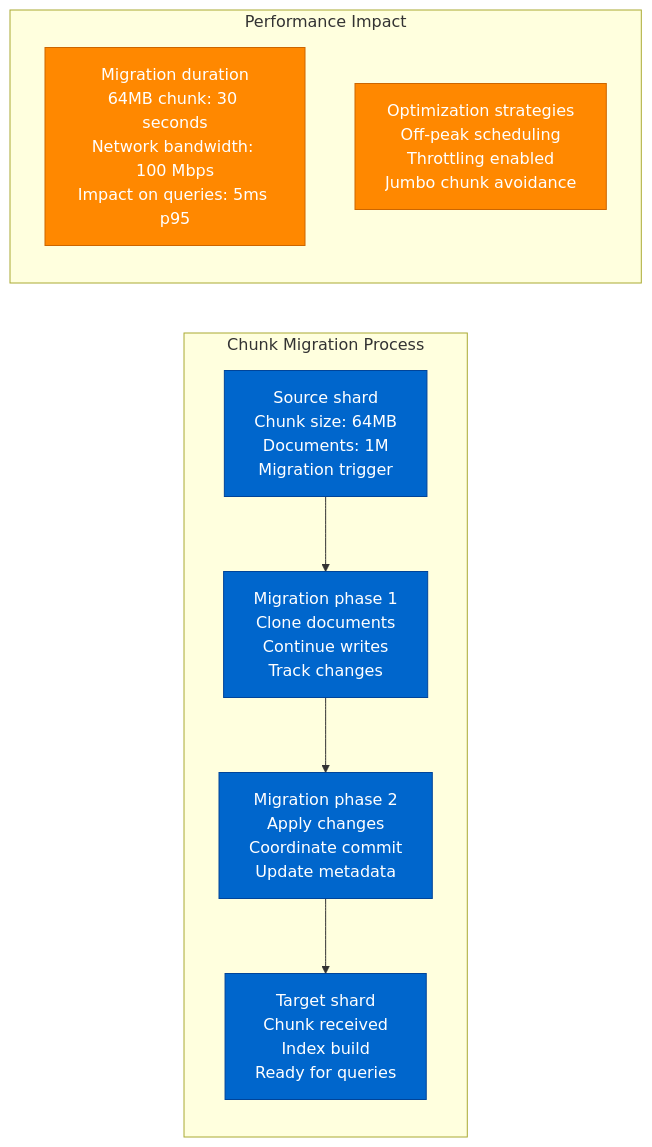
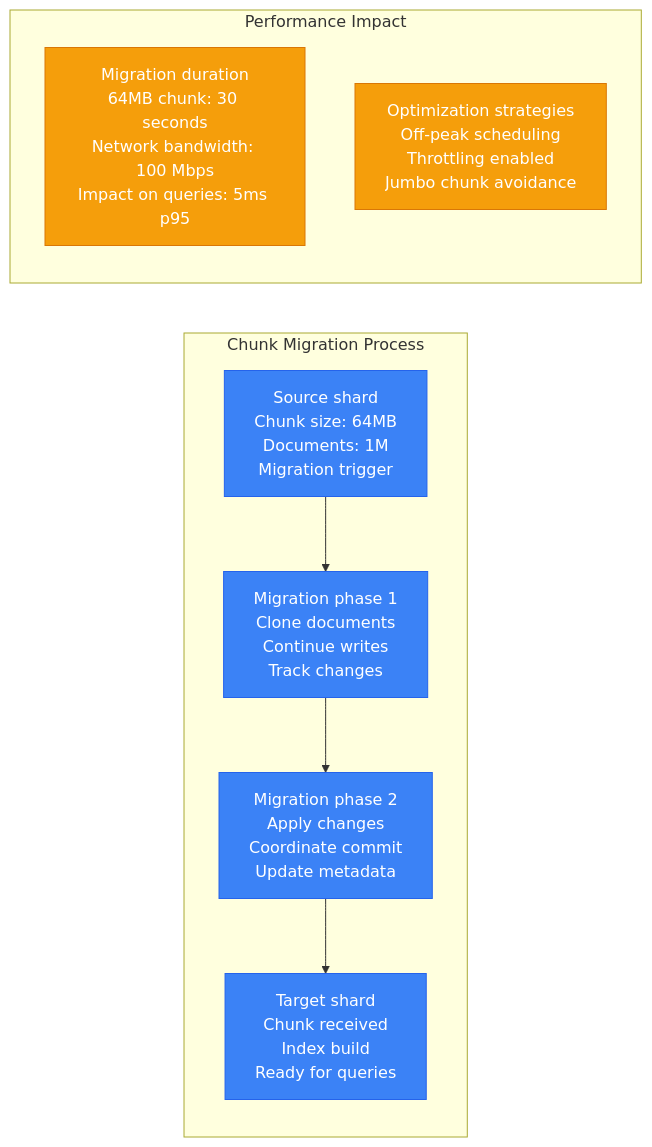
The third of 14 diagrams in site/docs/performance/mongodb-performance-profile.md (deepaucksharma/DS), drawn with Mermaid before and after one commit. The commit also changed other lines of this file and 303 other files, not shown here.

````diff
--- a/site/docs/performance/mongodb-performance-profile.md
+++ b/site/docs/performance/mongodb-performance-profile.md
@@ -91,26 +91,26 @@
 ```mermaid
 graph LR
     subgraph "Chunk Migration Process"
         CM1[Source shard<br/>Chunk size: 64MB<br/>Documents: 1M<br/>Migration trigger]
 
         CM2[Migration phase 1<br/>Clone documents<br/>Continue writes<br/>Track changes]
 
         CM3[Migration phase 2<br/>Apply changes<br/>Coordinate commit<br/>Update metadata]
 
         CM4[Target shard<br/>Chunk received<br/>Index build<br/>Ready for queries]
 
         CM1 --> CM2 --> CM3 --> CM4
     end
 
     subgraph "Performance Impact"
         P1[Migration duration<br/>64MB chunk: 30 seconds<br/>Network bandwidth: 100 Mbps<br/>Impact on queries: 5ms p95]
 
         P2[Optimization strategies<br/>Off-peak scheduling<br/>Throttling enabled<br/>Jumbo chunk avoidance]
     end
 
-    classDef migrationStyle fill:#0066CC,stroke:#004499,color:#fff
-    classDef perfStyle fill:#FF8800,stroke:#CC6600,color:#fff
+    classDef migrationStyle fill:#3B82F6,stroke:#2563EB,color:#fff
+    classDef perfStyle fill:#F59E0B,stroke:#D97706,color:#fff
 
     class CM1,CM2,CM3,CM4 migrationStyle
     class P1,P2 perfStyle
 ```
````
